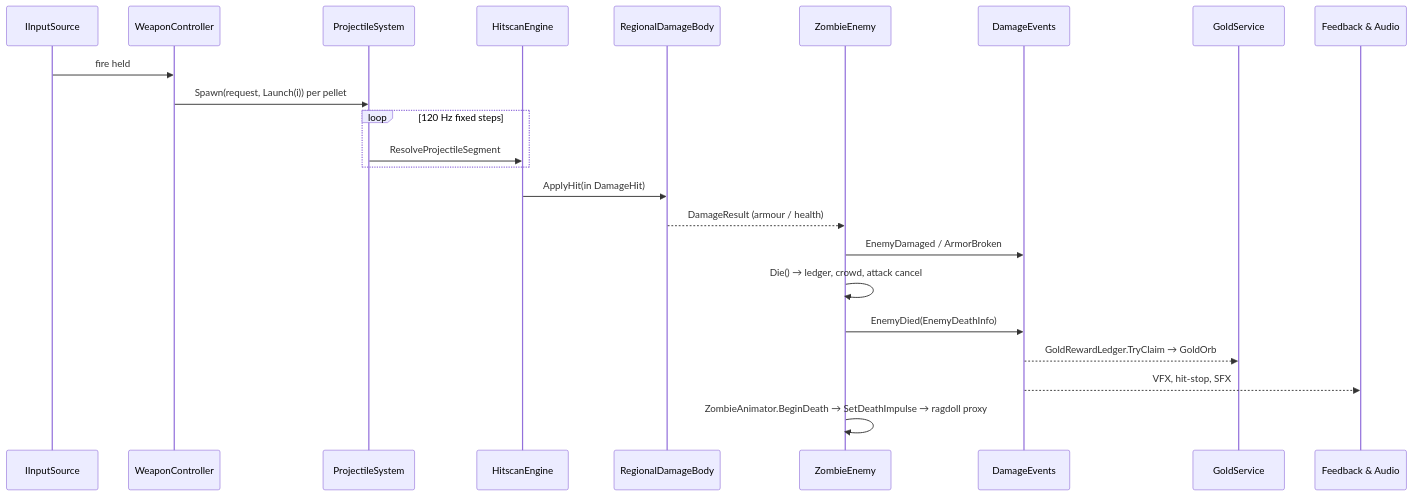
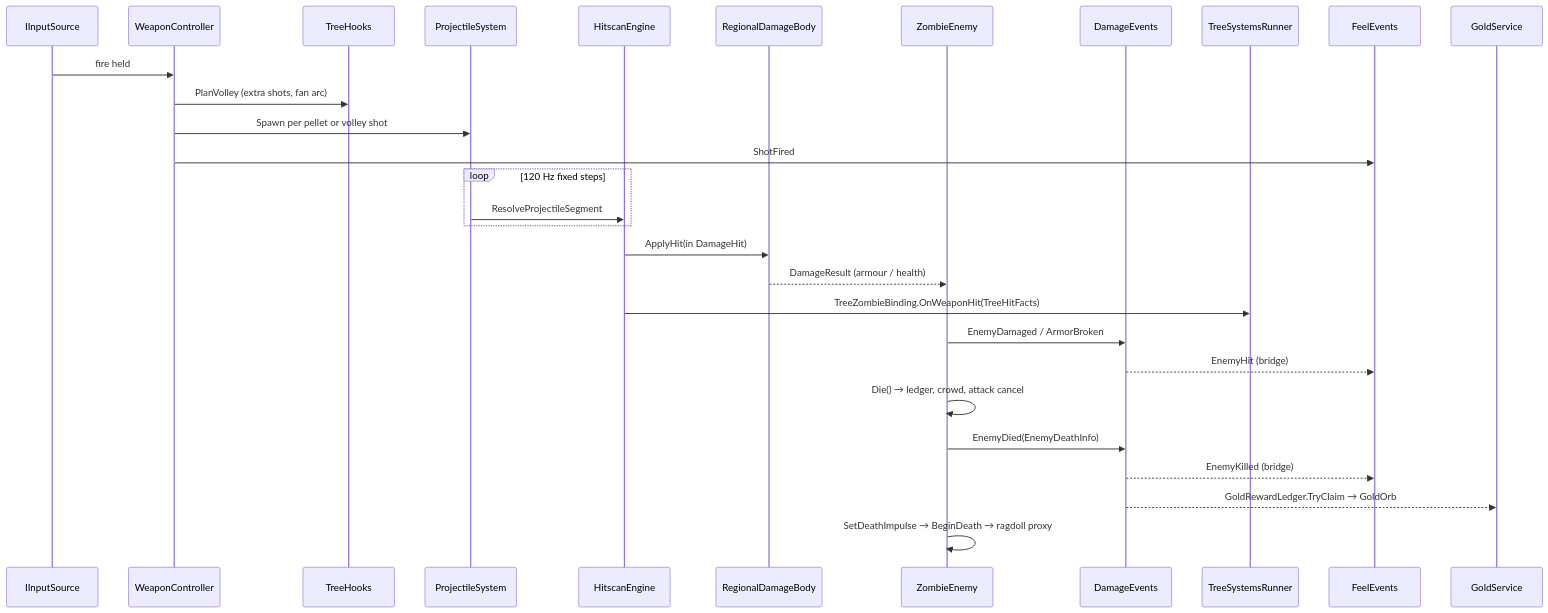
One commit to ErdemEmirOzer/deaths-demolition changed the diagram in docs/ARCHITECTURE.md. Above: the diagram before and after it, drawn with Mermaid. The commit also changed other lines of this file and 11 other files, not shown here.

First line of the commit message:
WP-113 docs: README, architecture, systems index and project guide describe the R4 game (C-00 14.10)

````diff
--- a/docs/ARCHITECTURE.md
+++ b/docs/ARCHITECTURE.md
@@ -309,24 +396,31 @@
 ```mermaid
 sequenceDiagram
     participant In as IInputSource
     participant WC as WeaponController
+    participant TH as TreeHooks
     participant PS as ProjectileSystem
     participant HE as HitscanEngine
     participant RB as RegionalDamageBody
     participant ZE as ZombieEnemy
     participant DE as DamageEvents
+    participant TS as TreeSystemsRunner
+    participant FE as FeelEvents
     participant GS as GoldService
     In->>WC: fire held
-    WC->>PS: Spawn(request, Launch(i)) per pellet
+    WC->>TH: PlanVolley (extra shots, fan arc)
+    WC->>PS: Spawn per pellet or volley shot
+    WC->>FE: ShotFired
     loop 120 Hz fixed steps
         PS->>HE: ResolveProjectileSegment
     end
     HE->>RB: ApplyHit(in DamageHit)
     RB-->>ZE: DamageResult (armour / health)
+    HE->>TS: TreeZombieBinding.OnWeaponHit(TreeHitFacts)
     ZE->>DE: EnemyDamaged / ArmorBroken
+    DE-->>FE: EnemyHit (bridge)
     ZE->>ZE: Die() → ledger, crowd, attack cancel
     ZE->>DE: EnemyDied(EnemyDeathInfo)
+    DE-->>FE: EnemyKilled (bridge)
     DE-->>GS: GoldRewardLedger.TryClaim → GoldOrb
-    DE-->>Feedback & Audio: VFX, hit-stop, SFX
-    ZE->>ZE: ZombieAnimator.BeginDeath → SetDeathImpulse → ragdoll proxy
+    ZE->>ZE: SetDeathImpulse → BeginDeath → ragdoll proxy
 ```
````
